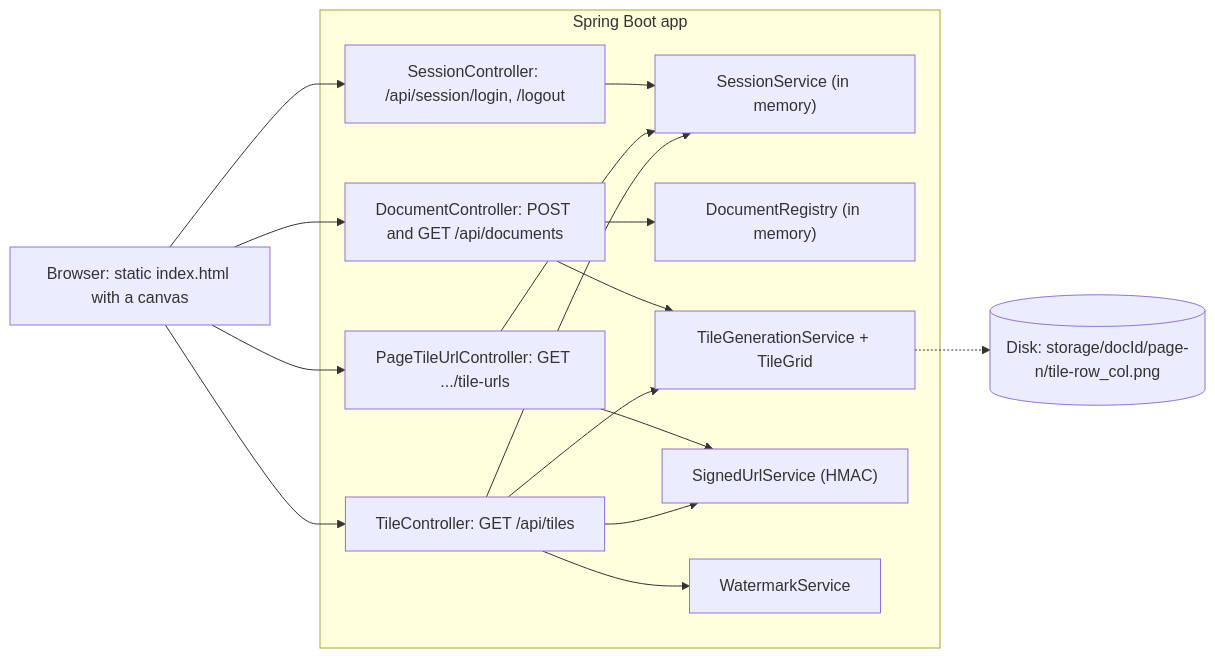
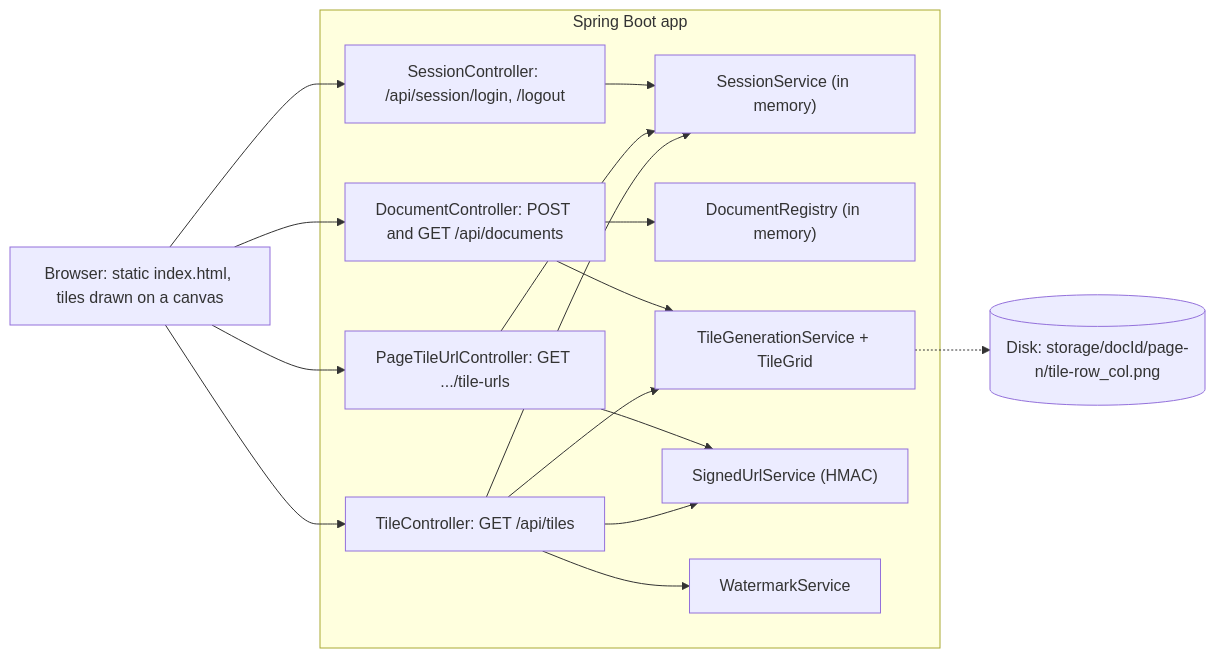
Before and after one commit to Sriram-Codes-SW/secure-doc-viewer: the diagram in book/blueprints/v0-mvp.md, drawn with Mermaid. The commit also changed 24 other files, not shown here.

````diff
--- a/book/blueprints/v0-mvp.md
+++ b/book/blueprints/v0-mvp.md
@@ -5,27 +5,27 @@
 ```mermaid
 flowchart LR
-    B["Browser: static index.html with a canvas"]
+    B["Browser: static index.html, tiles drawn on a canvas"]
     subgraph API["Spring Boot app"]
         SC["SessionController: /api/session/login, /logout"]
         DC["DocumentController: POST and GET /api/documents"]
         PC["PageTileUrlController: GET .../tile-urls"]
         TC["TileController: GET /api/tiles"]
         SS["SessionService (in memory)"]
         DR["DocumentRegistry (in memory)"]
         TG["TileGenerationService + TileGrid"]
         SU["SignedUrlService (HMAC)"]
         WM["WatermarkService"]
     end
     D[("Disk: storage/docId/page-n/tile-row_col.png")]
     B --> SC --> SS
     B --> DC --> TG
     DC --> DR
     TG -.-> D
     B --> PC --> SU
     PC --> SS
     B --> TC
     TC --> SU
     TC --> SS
     TC --> TG
     TC --> WM
 ```
````
